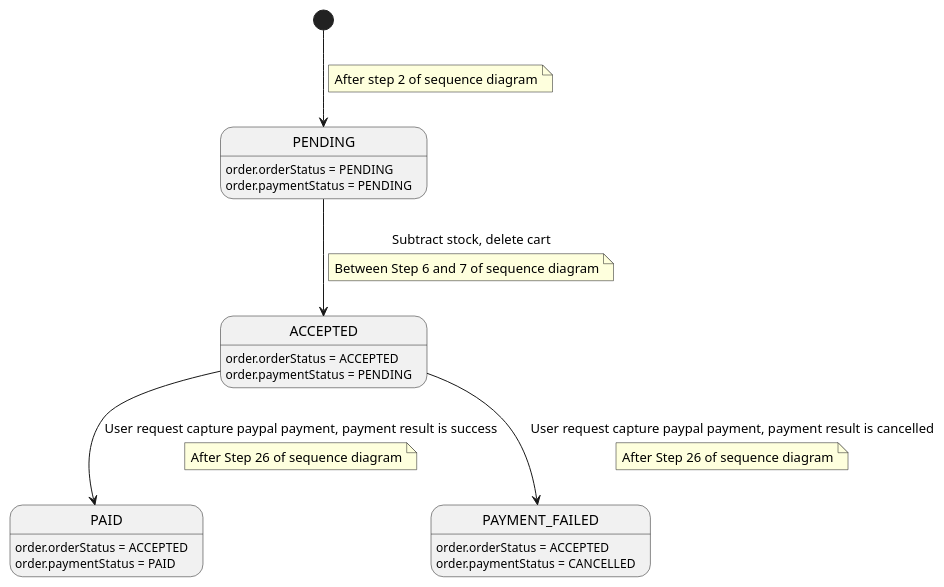
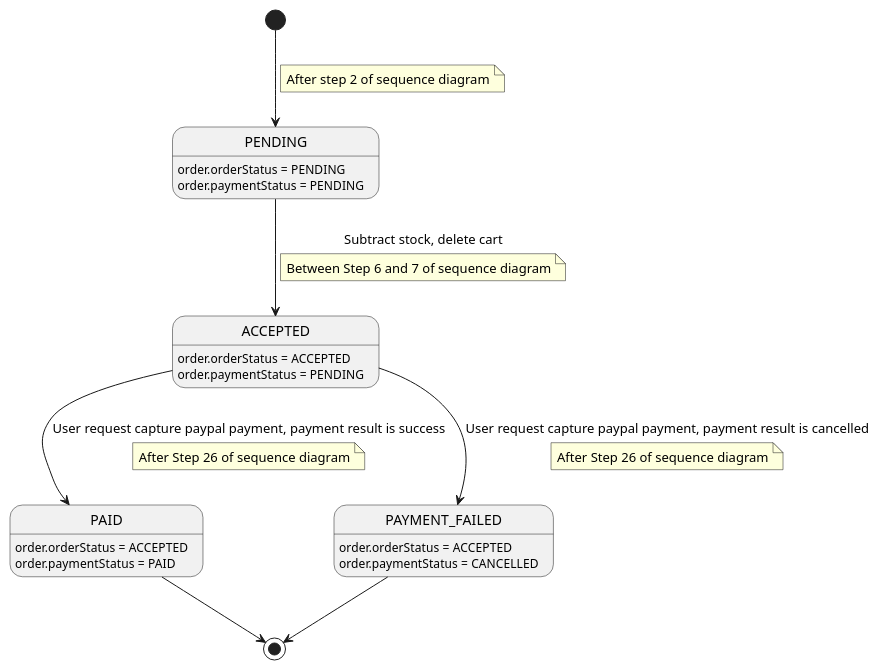
One commit to nashtech-garage/yas changed the diagram in order/docs/uml/OrderStateDiagram.puml. Above: the diagram before and after it, drawn with PlantUML. The commit also changed 1 other file, not shown here.

Commit message:
Fix: small fix for order state diagram

```diff
--- a/order/docs/uml/OrderStateDiagram.puml
+++ b/order/docs/uml/OrderStateDiagram.puml
@@ -1,29 +1,31 @@
 @startuml Order State diagram
 [*] --> PENDING
 note on link
 After step 2 of sequence diagram
 end note
 PENDING: order.orderStatus = PENDING
 PENDING: order.paymentStatus = PENDING
 
 PENDING --> ACCEPTED: Subtract stock, delete cart 
 note on link
 Between Step 6 and 7 of sequence diagram
 end note
 ACCEPTED: order.orderStatus = ACCEPTED
 ACCEPTED: order.paymentStatus = PENDING
 
 ACCEPTED --> PAID: User request capture paypal payment, payment result is success
 note on link
 After Step 26 of sequence diagram
 end note
 PAID: order.orderStatus = ACCEPTED
 PAID: order.paymentStatus = PAID
 
 ACCEPTED --> PAYMENT_FAILED: User request capture paypal payment, payment result is cancelled
 note on link
 After Step 26 of sequence diagram
 end note
 PAYMENT_FAILED: order.orderStatus = ACCEPTED
 PAYMENT_FAILED: order.paymentStatus = CANCELLED
+PAID --> [*]
+PAYMENT_FAILED --> [*]
 @enduml
```
